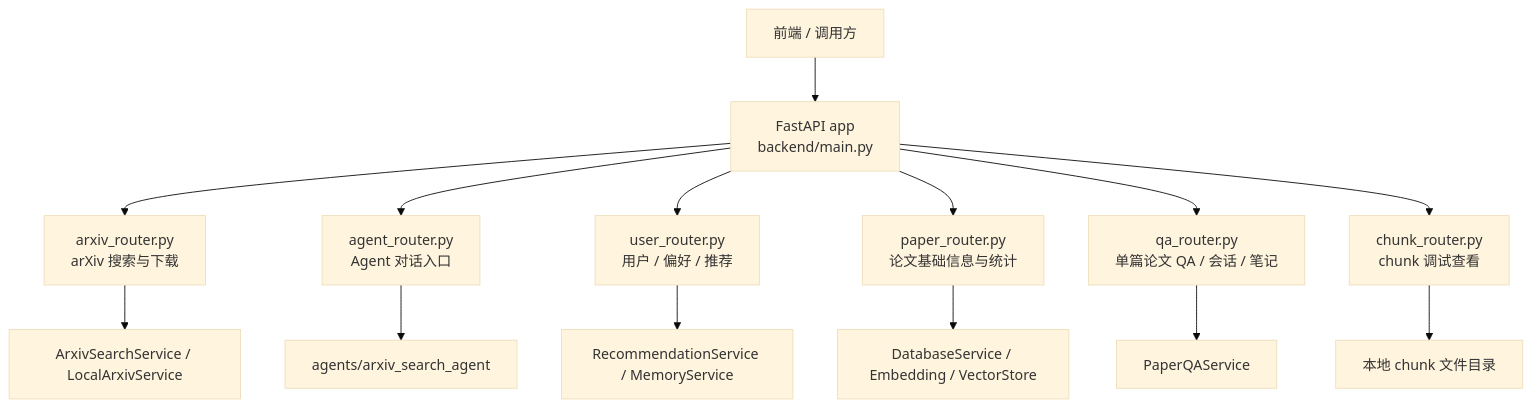
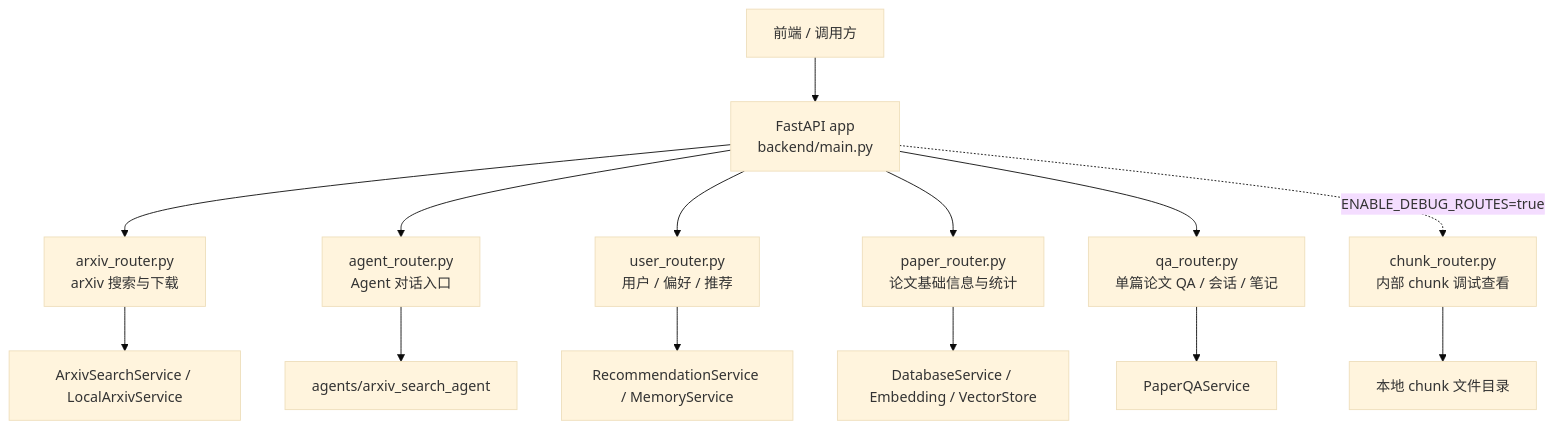
Before and after one commit to PolarisSun729/arxiv-research-agent: the diagram in docs/backend_router_entry_map.md, drawn with Mermaid (base theme). The commit also changed other lines of this file and 75 other files, not shown here.

````diff
--- a/docs/backend_router_entry_map.md
+++ b/docs/backend_router_entry_map.md
@@ -915,18 +918,18 @@
 ```mermaid
 flowchart TD
     Client["前端 / 调用方"] --> Main["FastAPI app\nbackend/main.py"]
 
     Main --> ArxivRouter["arxiv_router.py\narXiv 搜索与下载"]
     Main --> AgentRouter["agent_router.py\nAgent 对话入口"]
     Main --> UserRouter["user_router.py\n用户 / 偏好 / 推荐"]
     Main --> PaperRouter["paper_router.py\n论文基础信息与统计"]
     Main --> QARouter["qa_router.py\n单篇论文 QA / 会话 / 笔记"]
-    Main --> ChunkRouter["chunk_router.py\nchunk 调试查看"]
+    Main -. "ENABLE_DEBUG_ROUTES=true" .-> ChunkRouter["chunk_router.py\n内部 chunk 调试查看"]
 
     AgentRouter --> AgentService["agents/arxiv_search_agent"]
     QARouter --> PaperQAService["PaperQAService"]
     UserRouter --> RecommendationService["RecommendationService / MemoryService"]
     PaperRouter --> PaperServices["DatabaseService / Embedding / VectorStore"]
     ArxivRouter --> ArxivServices["ArxivSearchService / LocalArxivService"]
     ChunkRouter --> ChunkFiles["本地 chunk 文件目录"]
 ```
````
